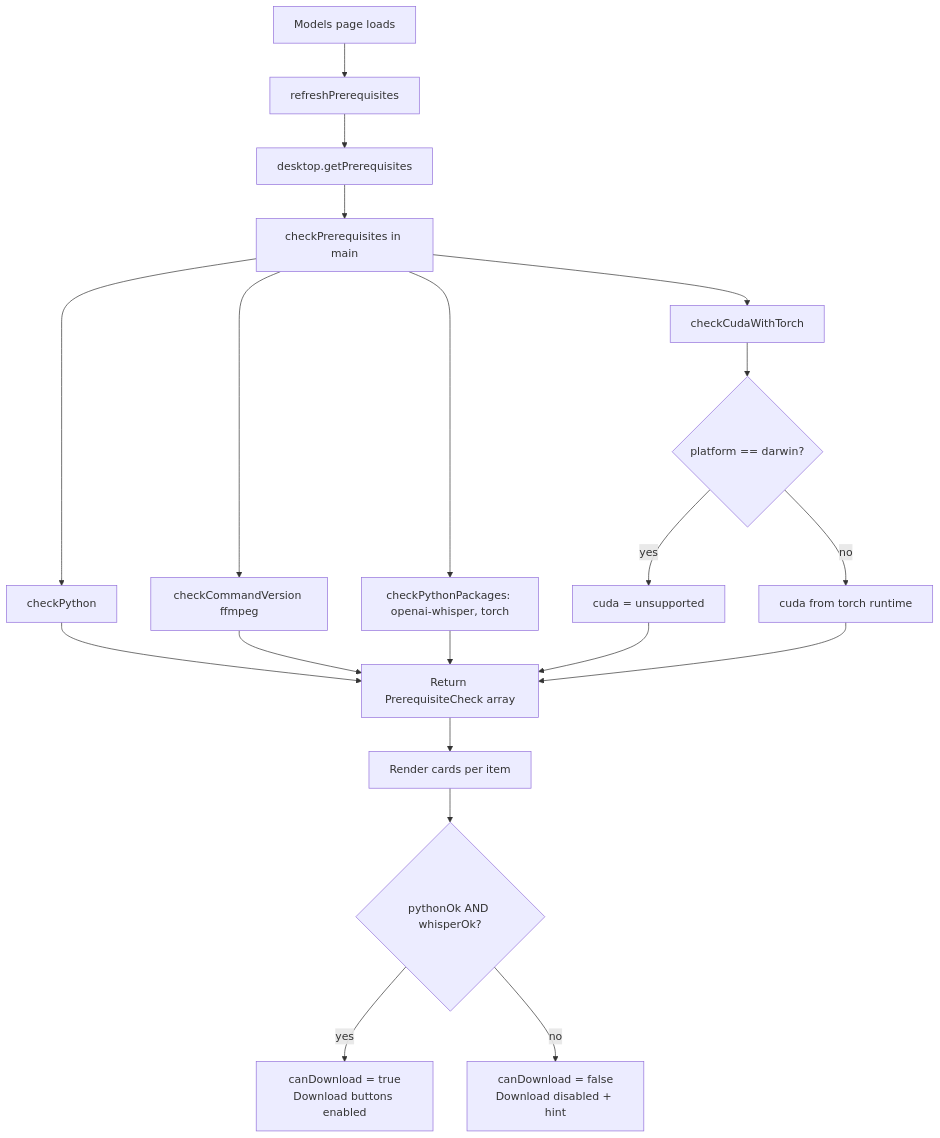
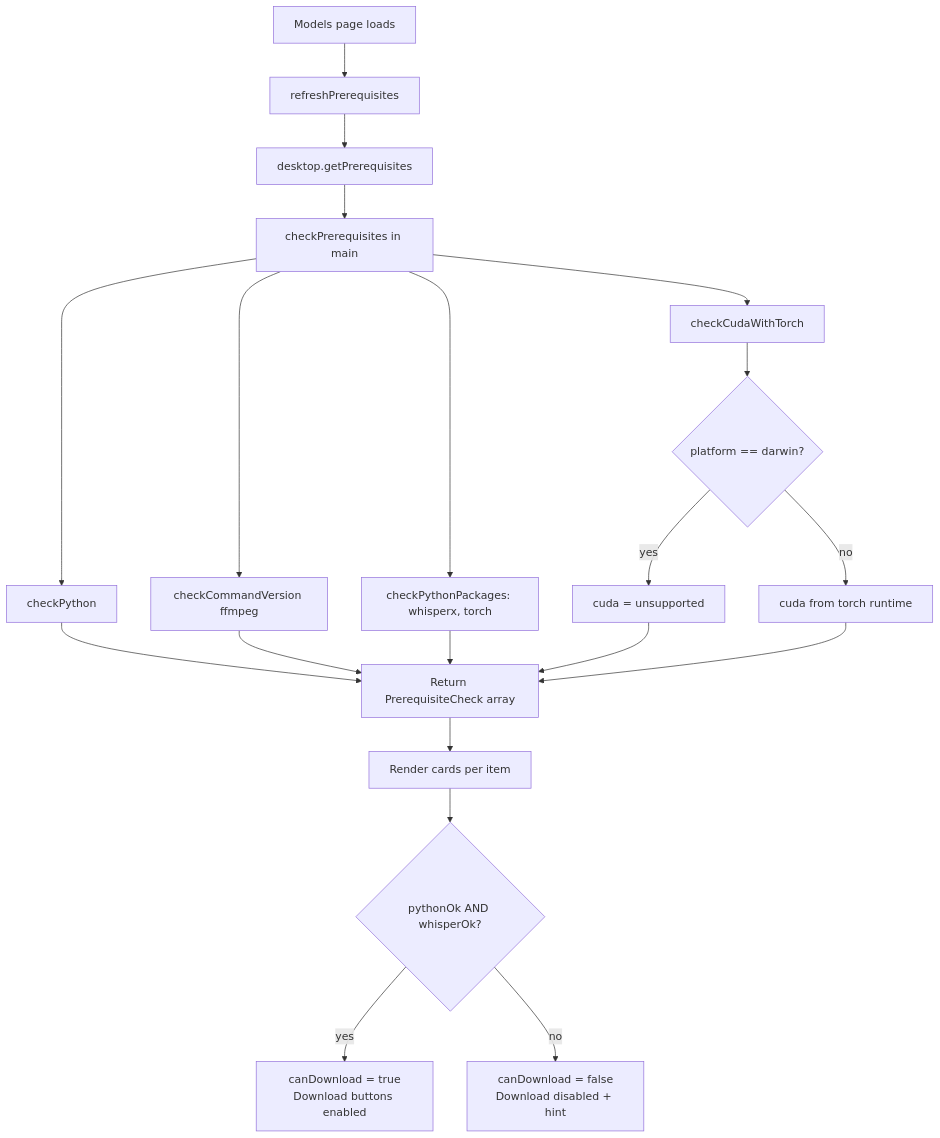
Before and after one commit to mohammadreza-davarzani/Whisper-Studio: the first of 3 diagrams in docs/ARCHITECTURE.md, drawn with Mermaid. The commit also changed other lines of this file and 16 other files, not shown here.

````diff
--- a/docs/ARCHITECTURE.md
+++ b/docs/ARCHITECTURE.md
@@ -69,19 +69,19 @@
 ```mermaid
 flowchart TD
     A[Models page loads] --> B[refreshPrerequisites]
     B --> C[desktop.getPrerequisites]
     C --> D[checkPrerequisites in main]
     D --> D1[checkPython]
     D --> D2[checkCommandVersion ffmpeg]
-    D --> D3[checkPythonPackages: openai-whisper, torch]
+    D --> D3[checkPythonPackages: whisperx, torch]
     D --> D4[checkCudaWithTorch]
     D4 --> D5{platform == darwin?}
     D5 -->|yes| D6[cuda = unsupported]
     D5 -->|no| D7[cuda from torch runtime]
     D1 & D2 & D3 & D6 & D7 --> E[Return PrerequisiteCheck array]
 
     E --> F[Render cards per item]
     F --> G{pythonOk AND whisperOk?}
     G -->|yes| H[canDownload = true<br/>Download buttons enabled]
     G -->|no| I[canDownload = false<br/>Download disabled + hint]
 ```
````
